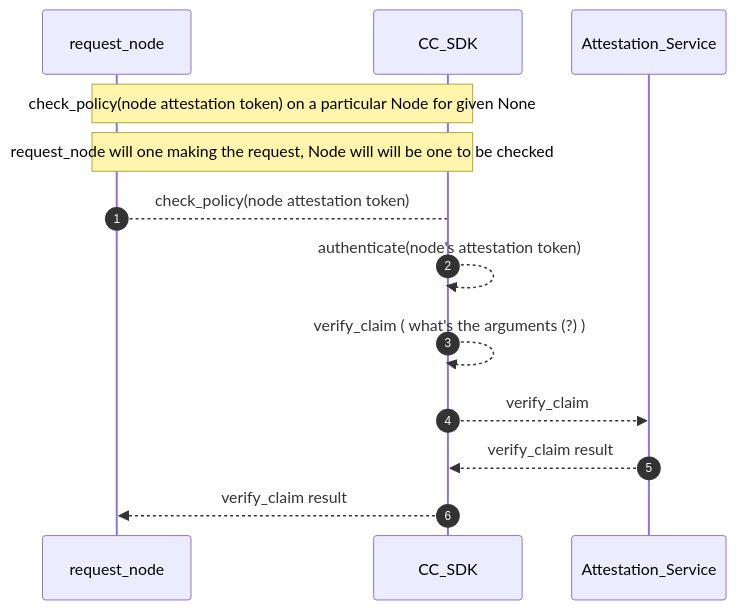
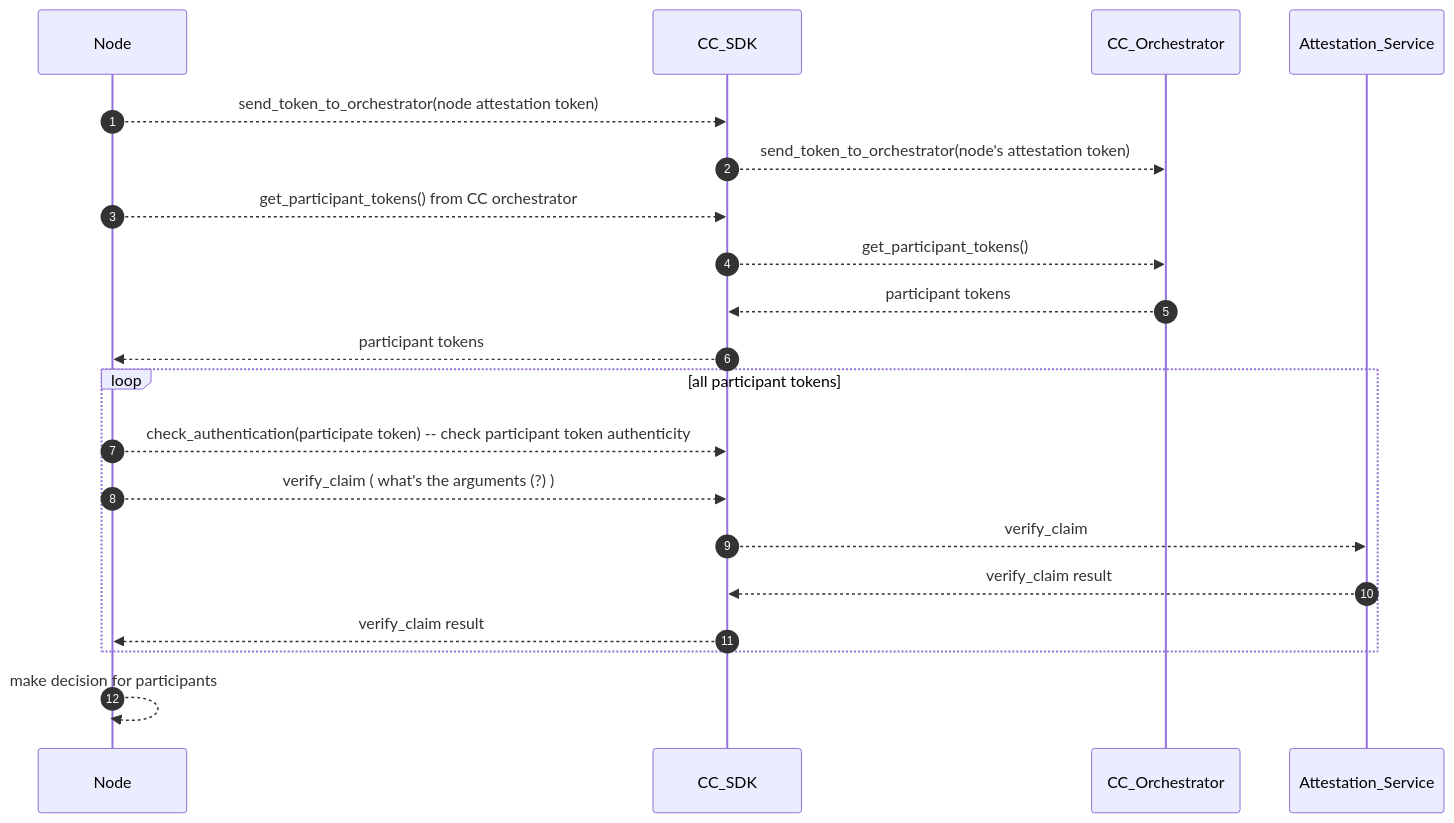
One commit to hitesh-ag1/NVFlare changed the fifth of 13 diagrams in docs/confidential_computing/detailed_cc_sequence_diagram.md. Above: the diagram before and after it, drawn with Mermaid. The commit also changed other lines of this file, not shown here.

Commit message:
Sequence diagram for CC

````diff
--- a/docs/confidential_computing/detailed_cc_sequence_diagram.md
+++ b/docs/confidential_computing/detailed_cc_sequence_diagram.md
@@ -141,17 +115,23 @@
 ```mermaid
 sequenceDiagram
    autonumber
     
-    participant request_node
+    participant Node
     participant CC_SDK
-    participant Attestation_Service
+    participant CC_Orchestrator
         
-    Note over request_node, CC_SDK: check_policy(node attestation token) on a particular Node for given None
-    Note over request_node, CC_SDK: request_node will one making the request, Node will will be one to be checked 
-    request_node --> CC_SDK : check_policy(node attestation token)
-    CC_SDK -->> CC_SDK:  authenticate(node's attestation token)
-    CC_SDK -->>  CC_SDK: verify_claim  ( what's the arguments (?) )
-    CC_SDK -->> Attestation_Service : verify_claim
-    Attestation_Service -->> CC_SDK : verify_claim result
-    CC_SDK -->> request_node : verify_claim result
+    Node -->> CC_SDK : send_token_to_orchestrator(node attestation token)
+    CC_SDK -->> CC_Orchestrator:  send_token_to_orchestrator(node's attestation token)
+    Node -->> CC_SDK : get_participant_tokens() from CC orchestrator
+    CC_SDK -->> CC_Orchestrator : get_participant_tokens()
+    CC_Orchestrator -->> CC_SDK : participant tokens 
+    CC_SDK -->> Node :  participant tokens 
+    loop all participant tokens
+        Node -->> CC_SDK : check_authentication(participate token) -- check participant token authenticity 
+        Node -->>  CC_SDK: verify_claim  ( what's the arguments (?) )
+        CC_SDK -->> Attestation_Service : verify_claim
+        Attestation_Service -->> CC_SDK : verify_claim result
+        CC_SDK -->> Node : verify_claim result
+    end
+    Node -->> Node : make decision for participants
 ```
````
